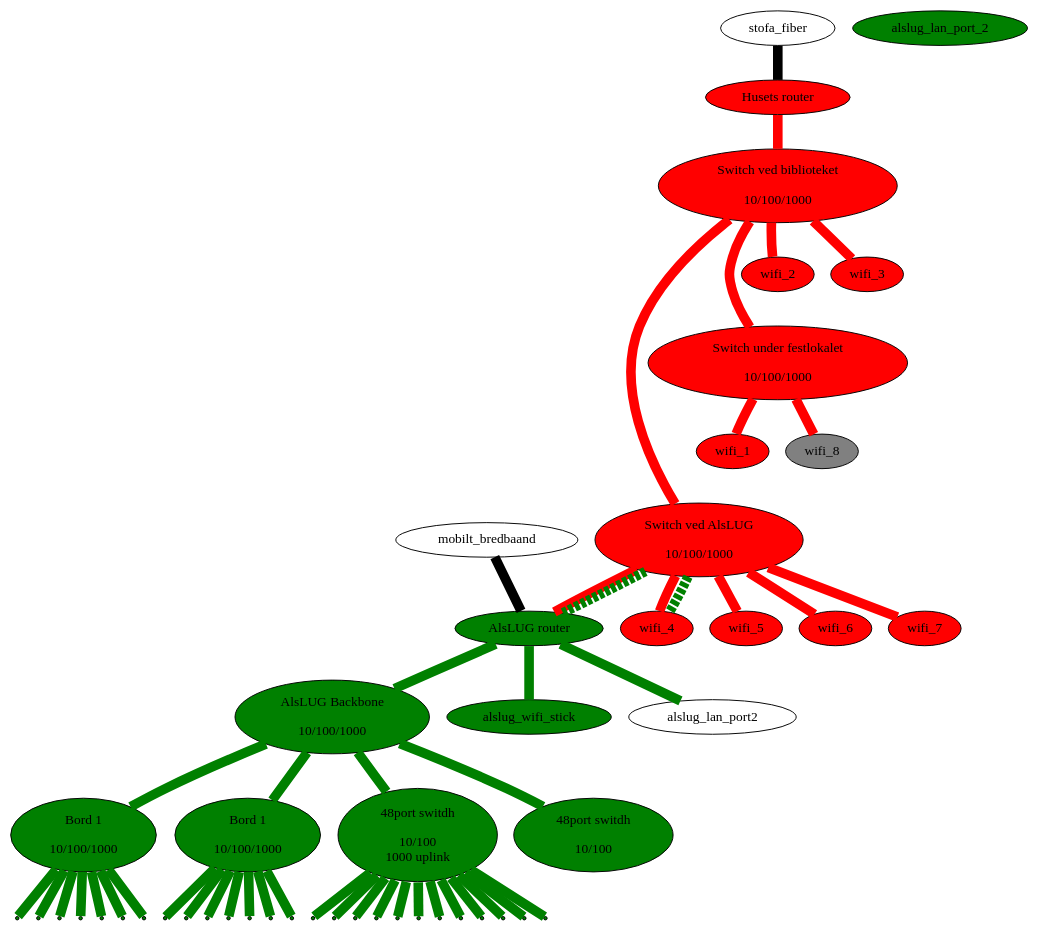
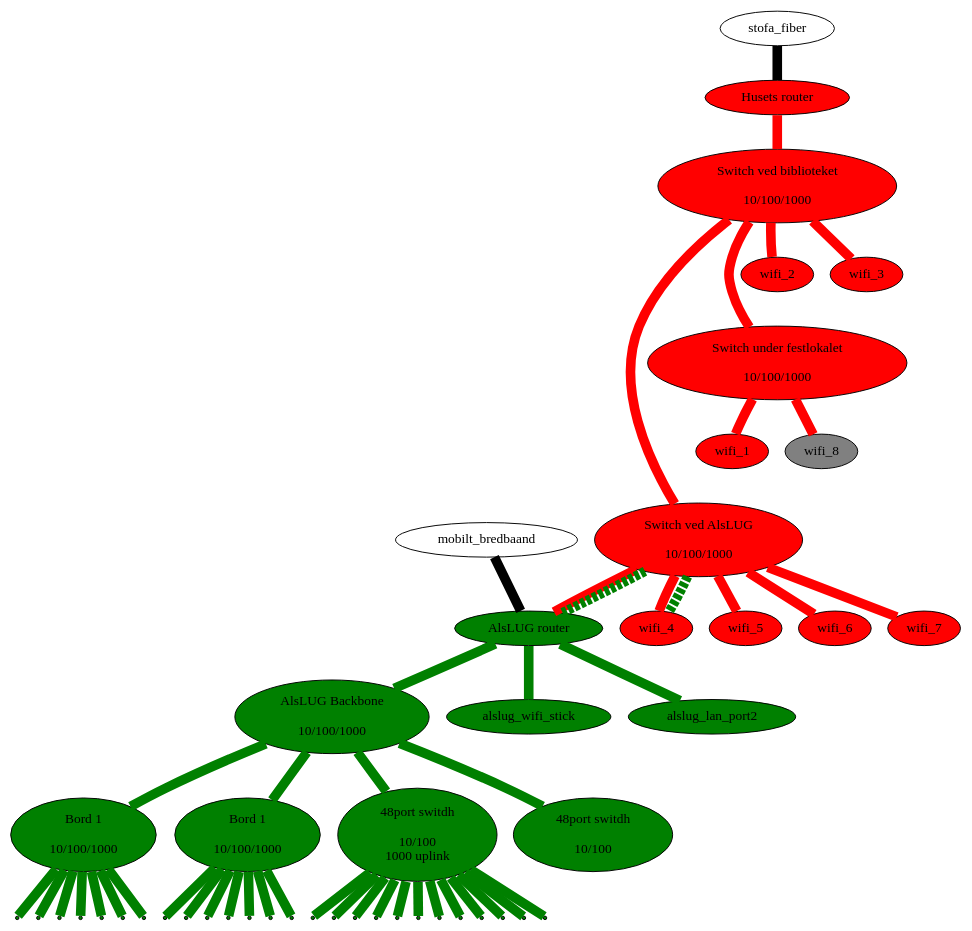
One commit to alslug/alslug.dk changed the diagram in projekter/network.dot. Above: the diagram before and after it, drawn with Graphviz.

```diff
--- a/projekter/network.dot
+++ b/projekter/network.dot
@@ -1,61 +1,61 @@
 digraph xxx {
 #  link_12a [ shape=point ];
 #  link_12b [ shape=point ];
 #  link_12c [ shape=point ];
   edge [ dir=none penwidth=10 ];
 
   node [ style=filled fillcolor=red ];
   husets_router [ label="Husets router" ];
   husets_switch_1 [ label="Switch ved biblioteket\n\n 10/100/1000" ];
   husets_switch_2 [ label="Switch ved AlsLUG\n\n 10/100/1000" ];
   festlokale_switch [ label="Switch under festlokalet\n\n 10/100/1000" ];
   wifi_1 wifi_2 wifi_3 wifi_4 wifi_5 wifi_6 wifi_7;
   wifi_8 [ fillcolor=gray ];
   
   node [ style=filled fillcolor=green ];
   alslug_router [ label="AlsLUG router" ];
   alslug_backbone_switch [ label="AlsLUG Backbone\n\n10/100/1000"];
   bord_1 [ label="Bord 1\n\n10/100/1000"];
   bord_2 [ label="Bord 1\n\n10/100/1000"];
   switch_48p [ label="48port switdh\n\n10/100\n1000 uplink"];
   switch_48p_poe [ label="48port switdh\n\n10/100"];
-  alslug_wifi_stick alslug_lan_port_2;
+  alslug_wifi_stick alslug_lan_port2;
   
   node [ style=normal ];
   // Internet forbindelser
   stofa_fiber      -> husets_router [ fillcolor=black style=filled ];
   mobilt_bredbaand -> alslug_router [ fillcolor=black style=filled ];
   
   // Husets forbindelser
   edge  [ color=red style=solid ];
   husets_router -> husets_switch_1 -> { wifi_2 wifi_3 };
   husets_switch_1 -> husets_switch_2 -> { wifi_4 wifi_5 wifi_6 wifi_7 alslug_router};
   husets_switch_1 -> festlokale_switch -> { wifi_1 wifi_8 };
 
   // VLAN forbindelser over bakkensbros netværk
   edge  [ color=green style=dashed ];
   husets_switch_2 -> { alslug_router wifi_4 };
   
   // Interne forbindelser
   edge [ color=green style=solid ];
   alslug_router -> { alslug_wifi_stick alslug_backbone_switch alslug_lan_port2 };
   alslug_backbone_switch -> { bord_1 bord_2 switch_48p switch_48p_poe }
   
   node [ shape=point ];
   bord_1 -> {
                   bord_1_1 bord_1_2 bord_1_3 bord_1_4
                   bord_1_5 bord_1_6 bord_1_7
                 }
   bord_2 -> {
                   bord_2_1 bord_2_2 bord_2_3 bord_2_4
                   bord_2_5 bord_2_6 bord_2_7
                 }
   switch_48p -> {
                   switch_48p_1 switch_48p_2 switch_48p_3 switch_48p_4
                   switch_48p_5 switch_48p_6 switch_48p_7 switch_48p_8
                   switch_48p_9 switch_48p_10 switch_48p_11 switch_48p_12
                 }
   
   edge [ color=invis ];
   husets_switch_1 -> wifi_2 -> festlokale_switch -> wifi_1 -> husets_switch_2;
 }
```
